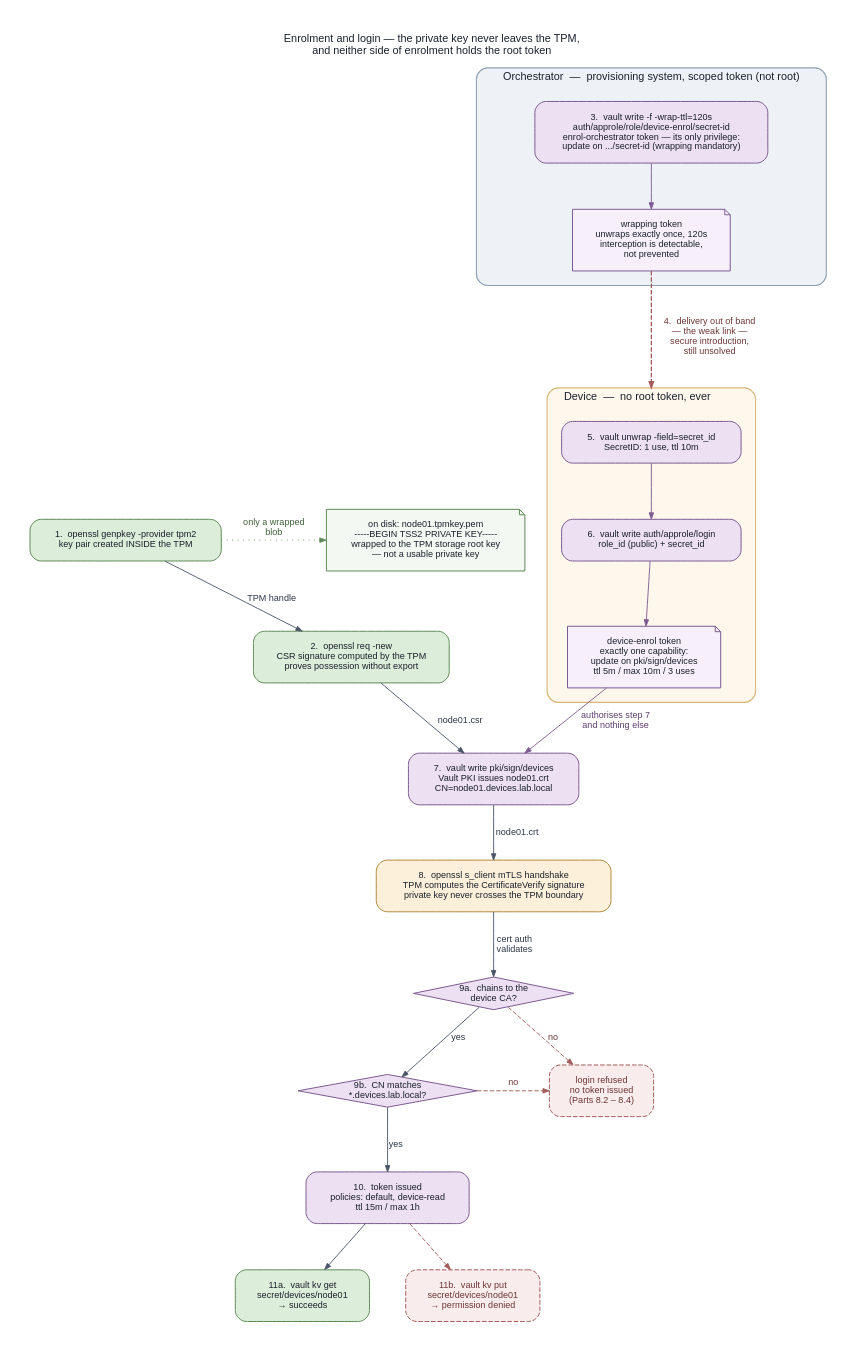
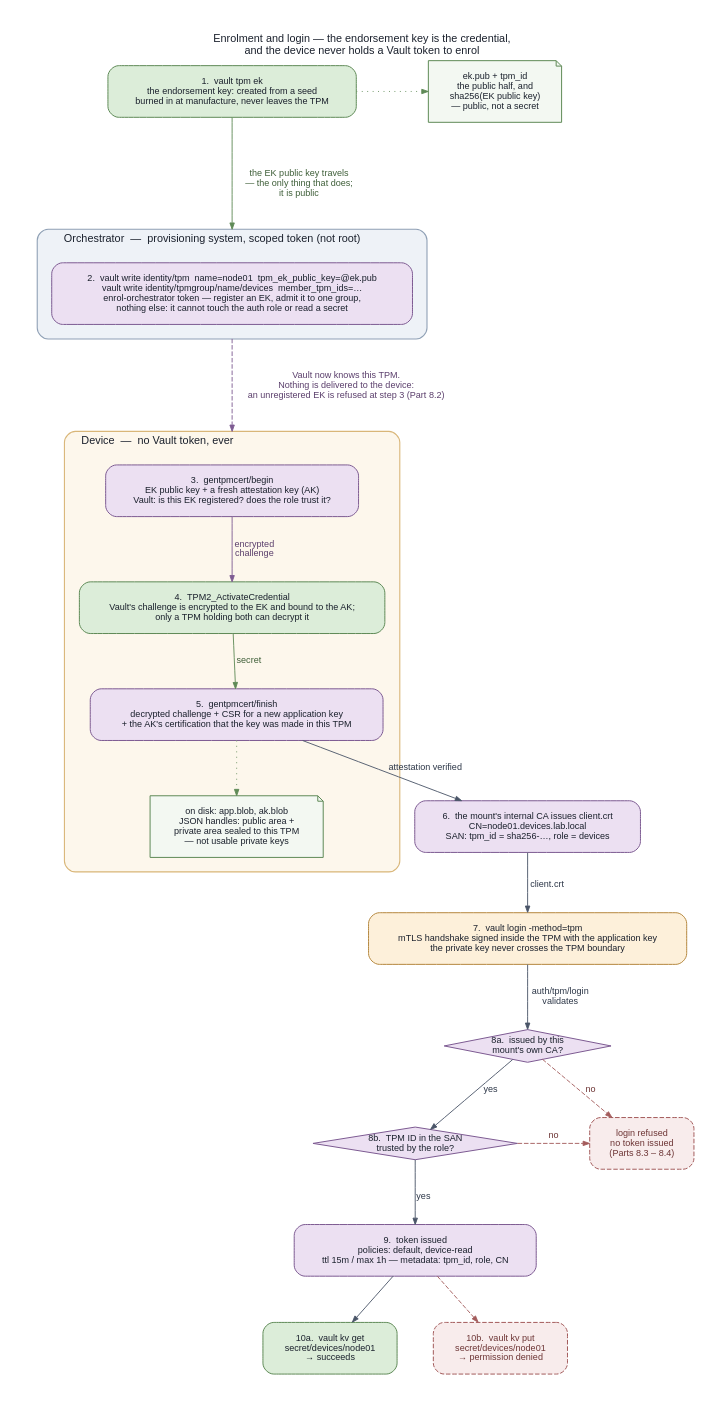
Before and after one commit to nhsy-hcp/multipass-vault-tpm: the diagram in docs/diagrams/enrolment.dot, drawn with Graphviz. The commit also changed 38 other files, not shown here.

First line of the commit message:
feat: replace cert auth with vault enterprise tpm auth method

```diff
--- a/docs/diagrams/enrolment.dot
+++ b/docs/diagrams/enrolment.dot
@@ -1,4 +1,4 @@
-// Vault TPM-backed cert auth lab — enrolment and login trust flow.
+// Vault TPM auth lab — enrolment and login trust flow.
 // Render: dot -Tpng -Gdpi=144 -o enrolment.png enrolment.dot
 // or: task docs:diagram
 
@@ -14,7 +14,7 @@
   fontsize=12;
   fontcolor="#1a202c";
   labelloc="t";
-  label="Enrolment and login — the private key never leaves the TPM,\nand neither side of enrolment holds the root token";
+  label="Enrolment and login — the endorsement key is the credential,\nand the device never holds a Vault token to enrol";
 
   node [
     shape=box,
@@ -37,15 +37,15 @@
     arrowsize=0.7
   ];
 
-  // --------------------------------------------------------- 1. key generation
+  // ------------------------------------------------------- 1. the endorsement key
   s1 [
-    label="1.  openssl genpkey -provider tpm2\nkey pair created INSIDE the TPM",
+    label="1.  vault tpm ek\nthe endorsement key: created from a seed\nburned in at manufacture, never leaves the TPM",
     fillcolor="#dcedd9",
     color="#5f8a57"
   ];
 
-  blob [
-    label="on disk: node01.tpmkey.pem\n-----BEGIN TSS2 PRIVATE KEY-----\nwrapped to the TPM storage root key\n— not a usable private key",
+  ekpub [
+    label="ek.pub + tpm_id\nthe public half, and\nsha256(EK public key)\n— public, not a secret",
     shape=note,
     style="filled",
     fillcolor="#f3f8f2",
@@ -53,14 +53,7 @@
     fontsize=10
   ];
 
-  // ------------------------------------------------------------------- 2. CSR
-  s2 [
-    label="2.  openssl req -new\nCSR signature computed by the TPM\nproves possession without export",
-    fillcolor="#dcedd9",
-    color="#5f8a57"
-  ];
-
-  // --------------------------------------- 3. orchestrator mints the credential
+  // ---------------------------------------- 2. orchestrator registers the device
   subgraph cluster_orchestrator {
     label="Orchestrator  —  provisioning system, scoped token (not root)";
     labeljust="l";
@@ -72,27 +65,16 @@
     color="#8fa0b5";
     penwidth=1.2;
 
-    s3 [
-      label="3.  vault write -f -wrap-ttl=120s\nauth/approle/role/device-enrol/secret-id\nenrol-orchestrator token — its only privilege:\nupdate on .../secret-id (wrapping mandatory)",
+    s2 [
+      label="2.  vault write identity/tpm  name=node01  tpm_ek_public_key=@ek.pub\nvault write identity/tpmgroup/name/devices  member_tpm_ids=…\nenrol-orchestrator token — register an EK, admit it to one group,\nnothing else: it cannot touch the auth role or read a secret",
       fillcolor="#ece0f2",
       color="#7d5b92"
     ];
-
-    wrap [
-      label="wrapping token\nunwraps exactly once, 120s\ninterception is detectable,\nnot prevented",
-      shape=note,
-      style="filled",
-      fillcolor="#f7f0fa",
-      color="#7d5b92",
-      fontsize=10
-    ];
-
-    s3 -> wrap [color="#7d5b92"];
   }
 
-  // -------------------------------------- 5-6. device redeems it, no root token
+  // --------------------------------------------- 3-5. device attests, no token
   subgraph cluster_device {
-    label="Device  —  no root token, ever";
+    label="Device  —  no Vault token, ever";
     labeljust="l";
     fontsize=12;
     fontcolor="#1a202c";
@@ -102,48 +84,55 @@
     color="#d9b678";
     penwidth=1.2;
 
-    s5 [
-      label="5.  vault unwrap -field=secret_id\nSecretID: 1 use, ttl 10m",
+    s3 [
+      label="3.  gentpmcert/begin\nEK public key + a fresh attestation key (AK)\nVault: is this EK registered? does the role trust it?",
       fillcolor="#ece0f2",
       color="#7d5b92"
     ];
 
-    s6 [
-      label="6.  vault write auth/approle/login\nrole_id (public) + secret_id",
+    s4 [
+      label="4.  TPM2_ActivateCredential\nVault's challenge is encrypted to the EK and bound to the AK;\nonly a TPM holding both can decrypt it",
+      fillcolor="#dcedd9",
+      color="#5f8a57"
+    ];
+
+    s5 [
+      label="5.  gentpmcert/finish\ndecrypted challenge + CSR for a new application key\n+ the AK's certification that the key was made in this TPM",
       fillcolor="#ece0f2",
       color="#7d5b92"
     ];
 
-    tok [
-      label="device-enrol token\nexactly one capability:\nupdate on pki/sign/devices\nttl 5m / max 10m / 3 uses",
+    blobs [
+      label="on disk: app.blob, ak.blob\nJSON handles: public area +\nprivate area sealed to this TPM\n— not usable private keys",
       shape=note,
       style="filled",
-      fillcolor="#f7f0fa",
-      color="#7d5b92",
+      fillcolor="#f3f8f2",
+      color="#5f8a57",
       fontsize=10
     ];
 
-    s5 -> s6 [color="#7d5b92"];
-    s6 -> tok [color="#7d5b92"];
+    s3 -> s4 [label="encrypted\nchallenge", color="#7d5b92", fontcolor="#5b3f6c"];
+    s4 -> s5 [label="secret", color="#5f8a57", fontcolor="#3f5f39"];
+    s5 -> blobs [style=dotted, color="#5f8a57"];
   }
 
-  // ------------------------------------------------------------ 7. Vault signs
-  s7 [
-    label="7.  vault write pki/sign/devices\nVault PKI issues node01.crt\nCN=node01.devices.lab.local",
+  // -------------------------------------------------------- 6. Vault issues
+  s6 [
+    label="6.  the mount's internal CA issues client.crt\nCN=node01.devices.lab.local\nSAN: tpm_id = sha256-…, role = devices",
     fillcolor="#ece0f2",
     color="#7d5b92"
   ];
 
-  // -------------------------------------------------------------- 8. handshake
-  s8 [
-    label="8.  openssl s_client mTLS handshake\nTPM computes the CertificateVerify signature\nprivate key never crosses the TPM boundary",
+  // ---------------------------------------------------------- 7. handshake
+  s7 [
+    label="7.  vault login -method=tpm\nmTLS handshake signed inside the TPM with the application key\nthe private key never crosses the TPM boundary",
     fillcolor="#fdf0da",
     color="#b5883f"
   ];
 
-  // ------------------------------------------------------------- 9. validation
+  // --------------------------------------------------------- 8. validation
   chk1 [
-    label="9a.  chains to the\ndevice CA?",
+    label="8a.  issued by this\nmount's own CA?",
     shape=diamond,
     style="filled",
     fillcolor="#ece0f2",
@@ -153,7 +142,7 @@
   ];
 
   chk2 [
-    label="9b.  CN matches\n*.devices.lab.local?",
+    label="8b.  TPM ID in the SAN\ntrusted by the role?",
     shape=diamond,
     style="filled",
     fillcolor="#ece0f2",
@@ -163,66 +152,64 @@
   ];
 
   deny [
-    label="login refused\nno token issued\n(Parts 8.2 – 8.4)",
+    label="login refused\nno token issued\n(Parts 8.3 – 8.4)",
     style="rounded,filled,dashed",
     fillcolor="#f8ecec",
     color="#a35b5b",
     fontcolor="#6d3535"
   ];
 
-  // ----------------------------------------------------------------- 10. token
-  s10 [
-    label="10.  token issued\npolicies: default, device-read\nttl 15m / max 1h",
+  // ------------------------------------------------------------- 9. token
+  s9 [
+    label="9.  token issued\npolicies: default, device-read\nttl 15m / max 1h — metadata: tpm_id, role, CN",
     fillcolor="#ece0f2",
     color="#7d5b92"
   ];
 
-  // ----------------------------------------------------------------- 11. usage
-  s11read [
-    label="11a.  vault kv get\nsecret/devices/node01\n→ succeeds",
+  // ------------------------------------------------------------- 10. usage
+  s10read [
+    label="10a.  vault kv get\nsecret/devices/node01\n→ succeeds",
     fillcolor="#dcedd9",
     color="#5f8a57"
   ];
 
-  s11write [
-    label="11b.  vault kv put\nsecret/devices/node01\n→ permission denied",
+  s10write [
+    label="10b.  vault kv put\nsecret/devices/node01\n→ permission denied",
     style="rounded,filled,dashed",
     fillcolor="#f8ecec",
     color="#a35b5b",
     fontcolor="#6d3535"
   ];
 
-  // ------------------------------------------------------------------- flow
-  s1 -> s2  [label="TPM handle"];
-  s1 -> blob [label="only a wrapped\nblob", style=dotted, color="#5f8a57", fontcolor="#3f5f39"];
-
-  // the weak link: the wrapping token still has to reach the device somehow
-  wrap -> s5 [
-    lhead=cluster_device,
-    # This edge crosses a cluster boundary, so its label lands where the dashed
-    # line and the Device cluster's border both are. minlen buys vertical room
-    # and the leading spaces push the text clear of the line itself.
-    label="   4.  delivery out of band\n   — the weak link —\n   secure introduction,\n   still unsolved",
+  // ----------------------------------------------------------------- flow
+  s1 -> ekpub [style=dotted, color="#5f8a57"];
+  s1 -> s2 [
+    lhead=cluster_orchestrator,
+    label="   the EK public key travels\n   — the only thing that does;\n   it is public",
+    minlen=2,
+    color="#5f8a57",
+    fontcolor="#3f5f39"
+  ];
+  s2 -> s3 [
+    ltail=cluster_orchestrator, lhead=cluster_device,
+    label="   Vault now knows this TPM.\n   Nothing is delivered to the device:\n   an unregistered EK is refused at step 3 (Part 8.2)",
     minlen=2,
     style=dashed,
-    penwidth=1.4,
-    color="#a35b5b",
-    fontcolor="#6d3535"
+    color="#7d5b92",
+    fontcolor="#5b3f6c"
   ];
 
-  s2  -> s7 [label="node01.csr"];
-  tok -> s7 [label="authorises step 7\nand nothing else", color="#7d5b92", fontcolor="#5b3f6c"];
-
-  s7 -> s8  [label="node01.crt"];
-  s8 -> chk1 [label="cert auth\nvalidates"];
+  s5 -> s6 [label="attestation verified"];
+  s6 -> s7 [label="client.crt"];
+  s7 -> chk1 [label="auth/tpm/login\nvalidates"];
   chk1 -> chk2 [label="yes"];
-  chk2 -> s10  [label="yes"];
+  chk2 -> s9   [label="yes"];
   chk1 -> deny [label="no", color="#a35b5b", fontcolor="#6d3535", style=dashed];
   chk2 -> deny [label="no", color="#a35b5b", fontcolor="#6d3535", style=dashed];
-  s10 -> s11read;
-  s10 -> s11write [style=dashed, color="#a35b5b"];
+  s9 -> s10read;
+  s9 -> s10write [style=dashed, color="#a35b5b"];
 
-  { rank=same; blob; s1; }
+  { rank=same; ekpub; s1; }
   { rank=same; chk2; deny; }
-  { rank=same; s11read; s11write; }
+  { rank=same; s10read; s10write; }
 }
```
